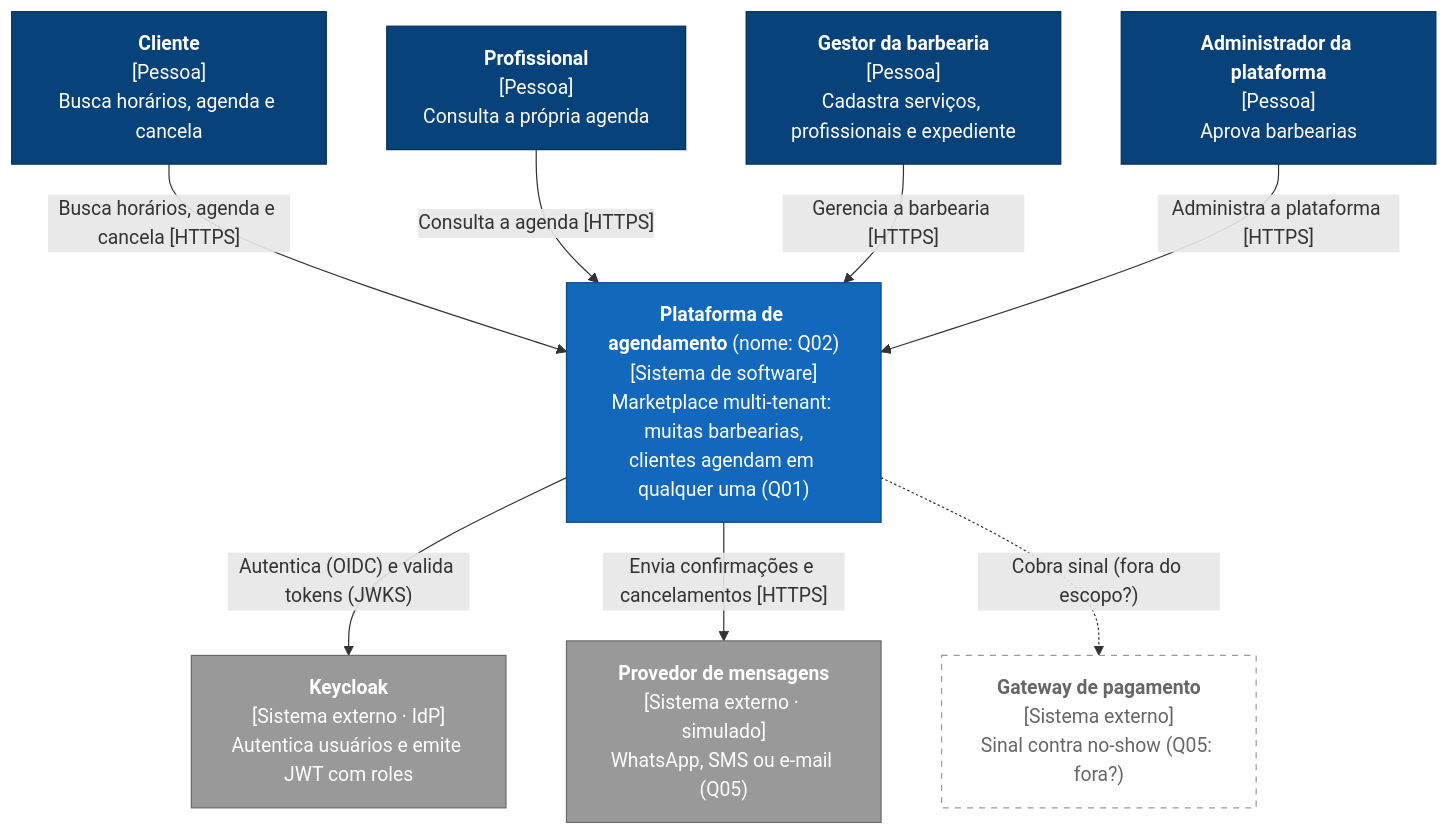
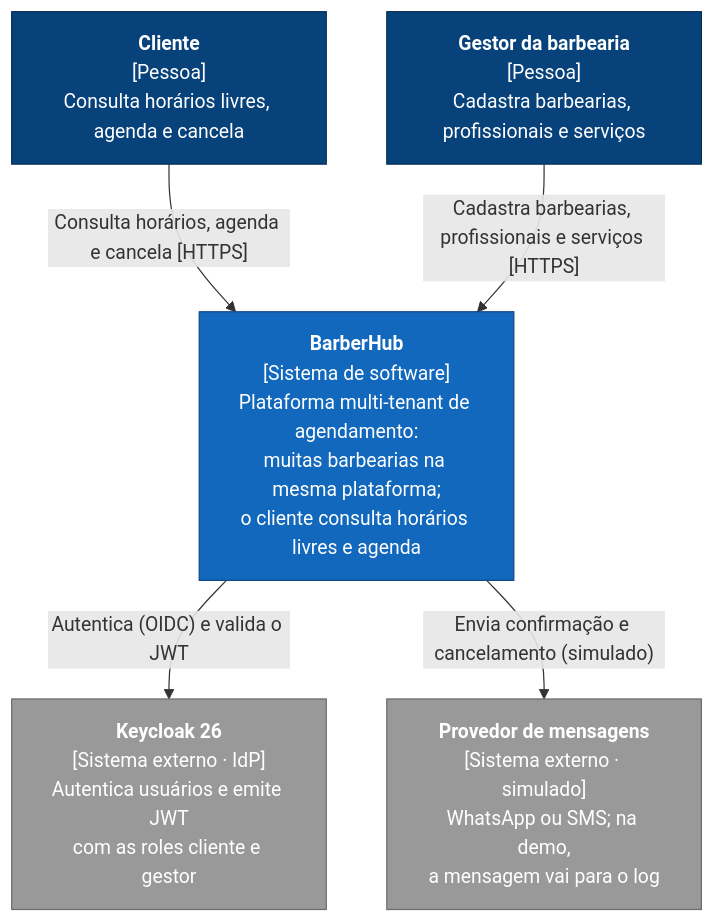
Before and after one commit to Allainn/barbearia-multiplataforma: the first of 2 diagrams in docs/arquitetura/README.md, drawn with Mermaid. The commit also changed other lines of this file, not shown here.

First line of the commit message:
docs(arquitetura): C4 em Mermaid conforme o roadmap

````diff
--- a/docs/arquitetura/README.md
+++ b/docs/arquitetura/README.md
@@ -13,30 +12,22 @@
 ```mermaid
 flowchart TB
-    cliente["<b>Cliente</b><br/>[Pessoa]<br/>Busca horários, agenda e cancela"]
-    profissional["<b>Profissional</b><br/>[Pessoa]<br/>Consulta a própria agenda"]
-    gestor["<b>Gestor da barbearia</b><br/>[Pessoa]<br/>Cadastra serviços, profissionais e expediente"]
-    admin["<b>Administrador da plataforma</b><br/>[Pessoa]<br/>Aprova barbearias"]
+    cliente["<b>Cliente</b><br/>[Pessoa]<br/>Consulta horários livres, agenda e cancela"]
+    gestor["<b>Gestor da barbearia</b><br/>[Pessoa]<br/>Cadastra barbearias, profissionais e serviços"]
 
-    sistema["<b>Plataforma de agendamento</b> (nome: Q02)<br/>[Sistema de software]<br/>Marketplace multi-tenant: muitas barbearias,<br/>clientes agendam em qualquer uma (Q01)"]
+    sistema["<b>BarberHub</b><br/>[Sistema de software]<br/>Plataforma multi-tenant de agendamento:<br/>muitas barbearias na mesma plataforma;<br/>o cliente consulta horários livres e agenda"]
 
-    keycloak["<b>Keycloak</b><br/>[Sistema externo · IdP]<br/>Autentica usuários e emite JWT com roles"]
-    mensagens["<b>Provedor de mensagens</b><br/>[Sistema externo · simulado]<br/>WhatsApp, SMS ou e-mail (Q05)"]
-    pagamento["<b>Gateway de pagamento</b><br/>[Sistema externo]<br/>Sinal contra no-show (Q05: fora?)"]
+    keycloak["<b>Keycloak 26</b><br/>[Sistema externo · IdP]<br/>Autentica usuários e emite JWT<br/>com as roles cliente e gestor"]
+    mensagens["<b>Provedor de mensagens</b><br/>[Sistema externo · simulado]<br/>WhatsApp ou SMS; na demo,<br/>a mensagem vai para o log"]
 
-    cliente -->|"Busca horários, agenda e cancela [HTTPS]"| sistema
-    profissional -->|"Consulta a agenda [HTTPS]"| sistema
-    gestor -->|"Gerencia a barbearia [HTTPS]"| sistema
-    admin -->|"Administra a plataforma [HTTPS]"| sistema
-    sistema -->|"Autentica (OIDC) e valida tokens (JWKS)"| keycloak
-    sistema -->|"Envia confirmações e cancelamentos [HTTPS]"| mensagens
-    sistema -.->|"Cobra sinal (fora do escopo?)"| pagamento
+    cliente -->|"Consulta horários, agenda e cancela [HTTPS]"| sistema
+    gestor -->|"Cadastra barbearias, profissionais e serviços [HTTPS]"| sistema
+    sistema -->|"Autentica (OIDC) e valida o JWT"| keycloak
+    sistema -->|"Envia confirmação e cancelamento (simulado)"| mensagens
 
     classDef pessoa fill:#08427b,stroke:#052e56,color:#ffffff
     classDef interno fill:#1168bd,stroke:#0b4884,color:#ffffff
     classDef externo fill:#999999,stroke:#6b6b6b,color:#ffffff
-    classDef aberto fill:#ffffff,stroke:#999999,color:#666666,stroke-dasharray: 5 5
-    class cliente,profissional,gestor,admin pessoa
+    class cliente,gestor pessoa
     class sistema interno
     class keycloak,mensagens externo
-    class pagamento aberto
 ```
````
